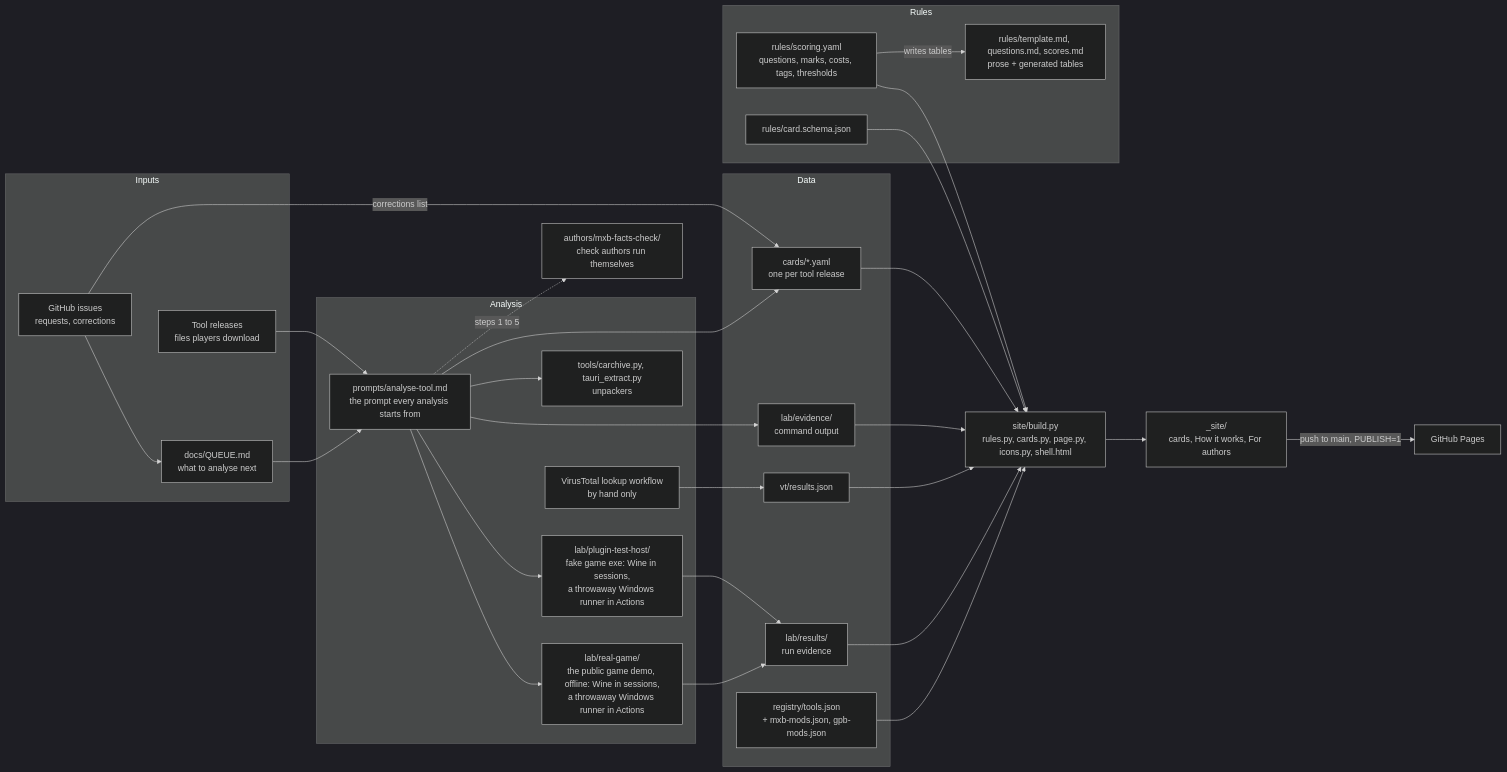
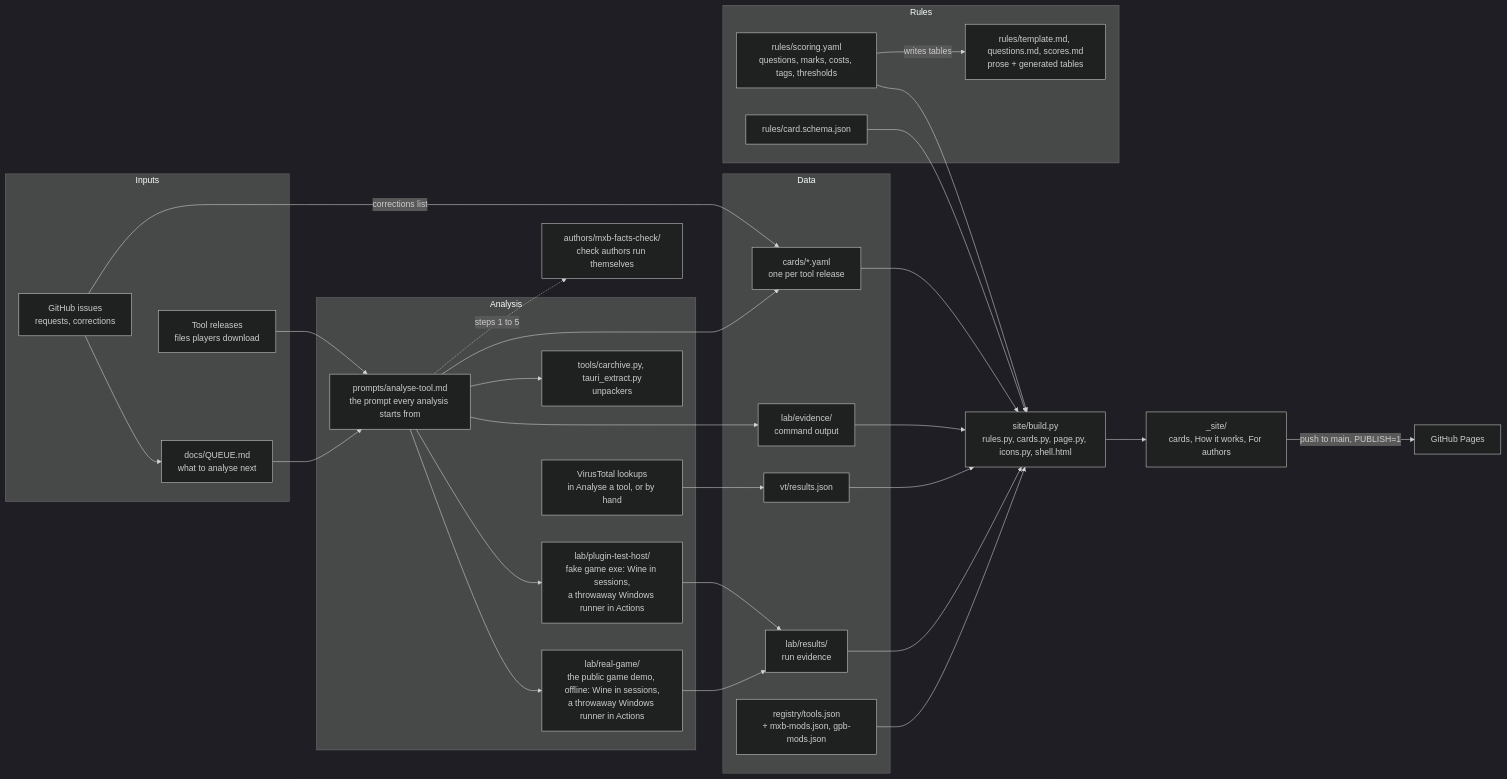
The diagram in docs/DEVELOPING.md (thomas4f/mxb-facts), drawn with Mermaid (dark theme) before and after one commit. The commit also changed other lines of this file and 5 other files, not shown here.

First line of the commit message:
Analyse a tool: look up the release on VirusTotal in the same run

````diff
--- a/docs/DEVELOPING.md
+++ b/docs/DEVELOPING.md
@@ -7,55 +7,55 @@
 ```mermaid
 flowchart LR
   subgraph In["Inputs"]
     Q["docs/QUEUE.md<br/>what to analyse next"]
     I["GitHub issues<br/>requests, corrections"]
     R["Tool releases<br/>files players download"]
   end
 
   subgraph Analyse["Analysis"]
     P["prompts/analyse-tool.md<br/>the prompt every analysis starts from"]
     RG["lab/real-game/<br/>the public game demo, offline: Wine in sessions,<br/>a throwaway Windows runner in Actions"]
     L["lab/plugin-test-host/<br/>fake game exe: Wine in sessions,<br/>a throwaway Windows runner in Actions"]
     U["tools/carchive.py, tauri_extract.py<br/>unpackers"]
-    VT["VirusTotal lookup workflow<br/>by hand only"]
+    VT["VirusTotal lookups<br/>in Analyse a tool, or by hand"]
   end
 
   subgraph Data["Data"]
     C["cards/*.yaml<br/>one per tool release"]
     LR["lab/results/<br/>run evidence"]
     EV["lab/evidence/<br/>command output"]
     V["vt/results.json"]
     REG["registry/tools.json<br/>+ mxb-mods.json, gpb-mods.json"]
   end
 
   subgraph Rules["Rules"]
     S["rules/scoring.yaml<br/>questions, marks, costs, tags, thresholds"]
     SC["rules/card.schema.json"]
     T["rules/template.md, questions.md, scores.md<br/>prose + generated tables"]
   end
 
   B["site/build.py<br/>rules.py, cards.py, page.py, icons.py, shell.html"]
   O["_site/<br/>cards, How it works, For authors"]
   GP["GitHub Pages"]
   A["authors/mxb-facts-check/<br/>check authors run themselves"]
 
   Q --> P
   I --> Q
   I -->|corrections list| C
   R --> P
   P --> RG --> LR
   P --> L --> LR
   P --> EV --> B
   P --> U
   P --> C
   VT --> V
   S --> B
   SC --> B
   S -->|writes tables| T
   C --> B
   LR --> B
   V --> B
   REG --> B
   B --> O -->|push to main, PUBLISH=1| GP
   P -. steps 1 to 5 .-> A
 ```
````
